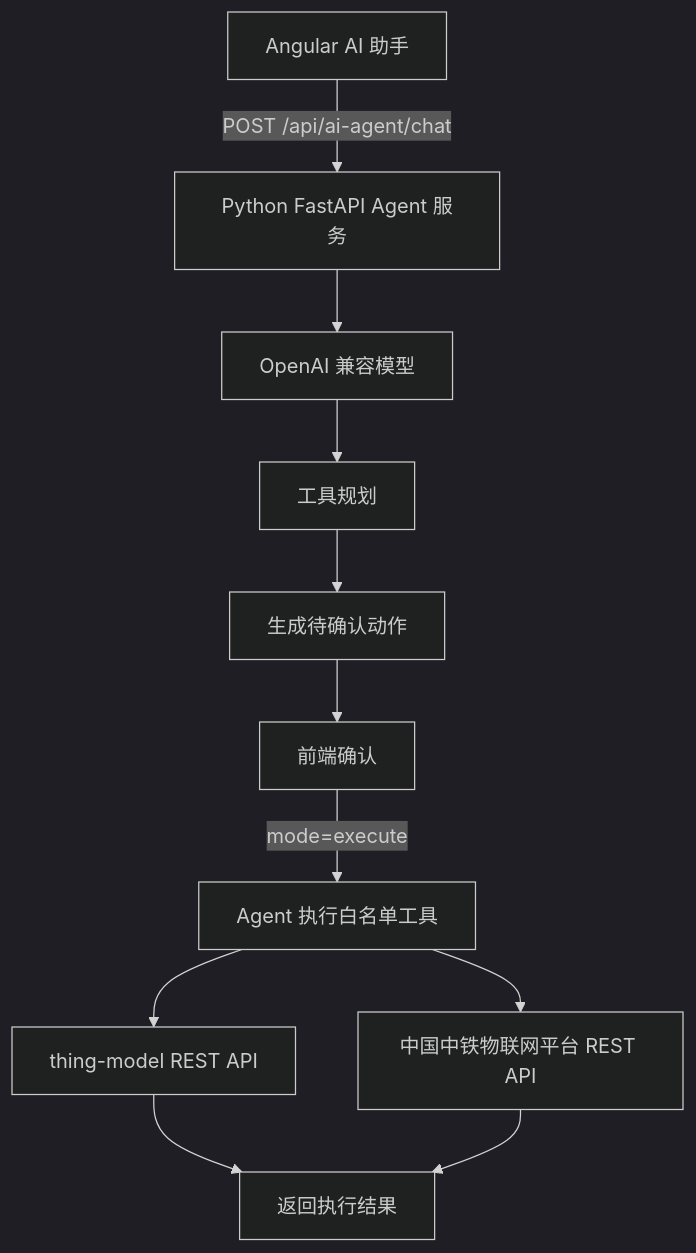
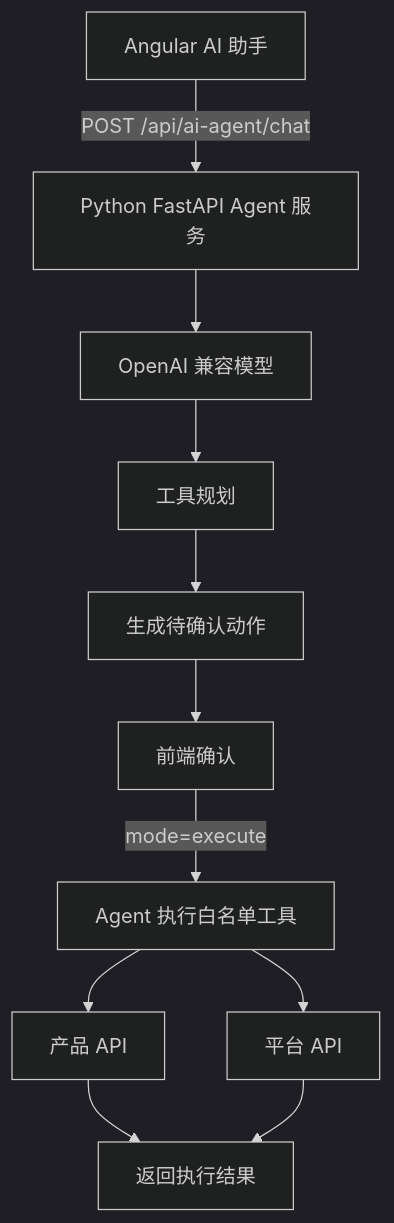
Before and after one commit to beancookie/thingsboard: the first of 3 diagrams in docs/11-AI-Agent对话助手方案.md, drawn with Mermaid (dark theme). The commit also changed other lines of this file and 30 other files, not shown here.

````diff
--- a/docs/11-AI-Agent对话助手方案.md
+++ b/docs/11-AI-Agent对话助手方案.md
@@ -26,13 +26,13 @@
 ```mermaid
 flowchart TD
   A["Angular AI 助手"] -->|"POST /api/ai-agent/chat"| B["Python FastAPI Agent 服务"]
   B --> C["OpenAI 兼容模型"]
   C --> D["工具规划"]
   D --> E["生成待确认动作"]
   E --> F["前端确认"]
   F -->|"mode=execute"| G["Agent 执行白名单工具"]
-  G --> H["thing-model REST API"]
-  G --> I["中国中铁物联网平台 REST API"]
+  G --> H["产品 API"]
+  G --> I["平台 API"]
   H --> J["返回执行结果"]
   I --> J
 ```
````
